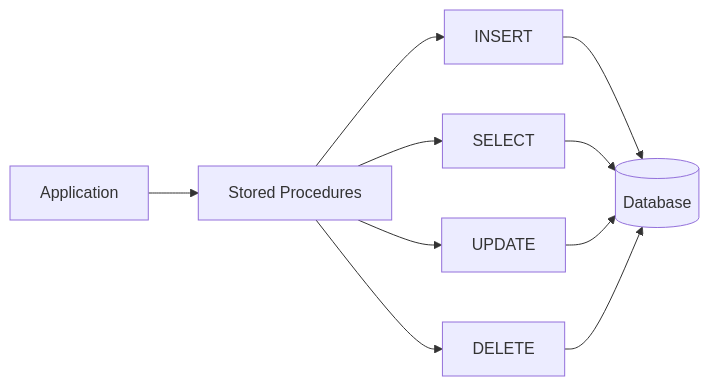
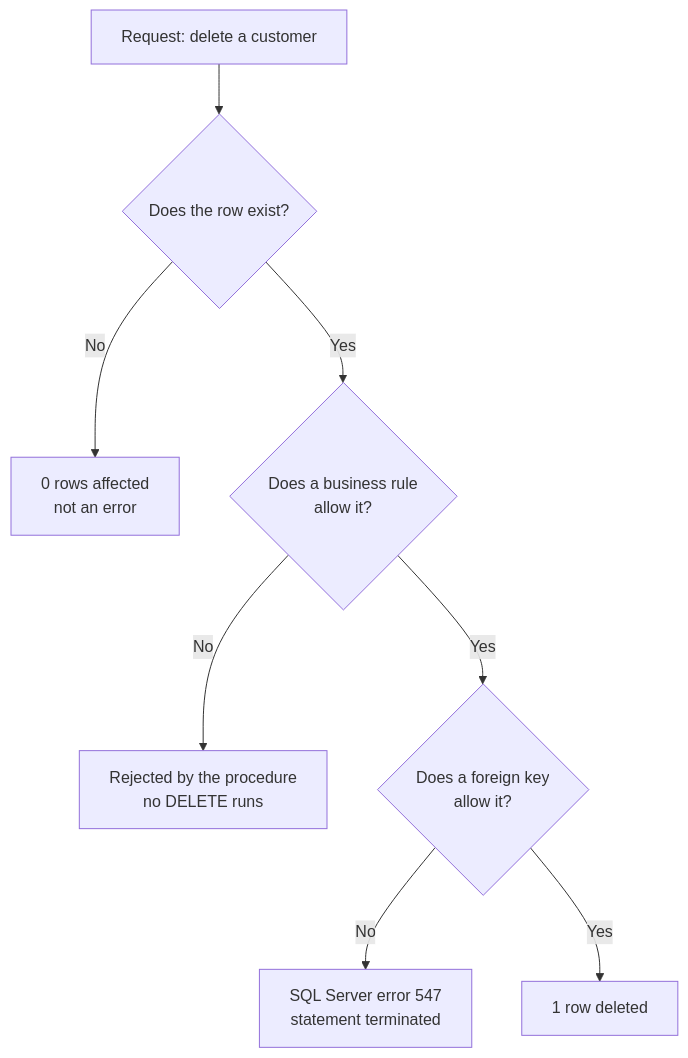
Before and after one commit to tjovic/database-design-labs-public: the first of 4 diagrams in labs/lab07-crud-operations.md, drawn with Mermaid. The commit also changed other lines of this file, not shown here.

````diff
--- a/labs/lab07-crud-operations.md
+++ b/labs/lab07-crud-operations.md
@@ -90,12 +83,10 @@
 ```mermaid
-flowchart LR
-    A[Application] --> B[Stored Procedures]
-    B --> C[INSERT]
-    B --> D[SELECT]
-    B --> E[UPDATE]
-    B --> F[DELETE]
-    C --> G[(Database)]
-    D --> G
-    E --> G
-    F --> G
+flowchart TD
+    A[Request: delete a customer] --> B{Does the row exist?}
+    B -- No --> R1[0 rows affected<br/>not an error]
+    B -- Yes --> C{Does a business rule<br/>allow it?}
+    C -- No --> R2[Rejected by the procedure<br/>no DELETE runs]
+    C -- Yes --> D{Does a foreign key<br/>allow it?}
+    D -- No --> R3[SQL Server error 547<br/>statement terminated]
+    D -- Yes --> R4[1 row deleted]
 ```
````
